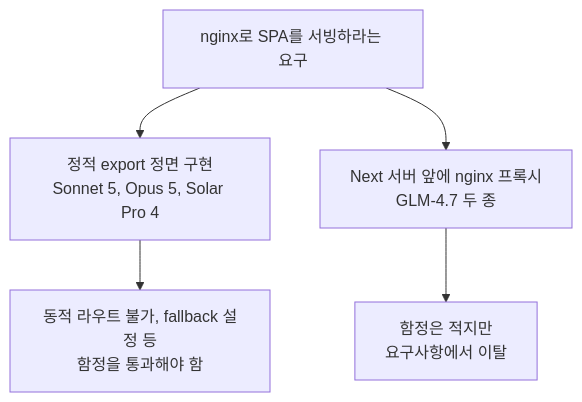
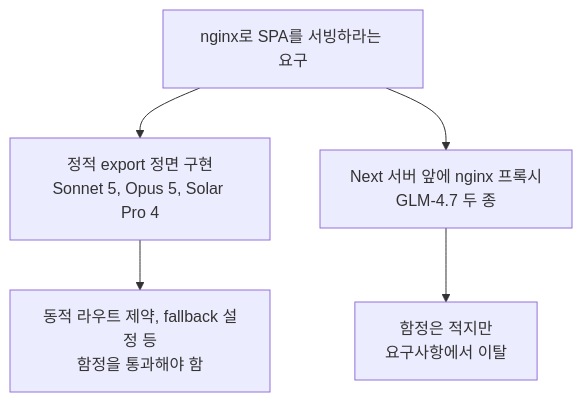
Before and after one commit to dotoryeee/blog: the third of 3 diagrams in docs/blog/posts/AI/solar_pro4_coding_test.md, drawn with Mermaid. The commit also changed other lines of this file and 2 other files, not shown here.

````diff
--- a/docs/blog/posts/AI/solar_pro4_coding_test.md
+++ b/docs/blog/posts/AI/solar_pro4_coding_test.md
@@ -145,7 +145,7 @@
 ```mermaid
 flowchart TD
     Q["nginx로 SPA를 서빙하라는 요구"] --> S1["정적 export 정면 구현<br/>Sonnet 5, Opus 5, Solar Pro 4"]
     Q --> S2["Next 서버 앞에 nginx 프록시<br/>GLM-4.7 두 종"]
-    S1 --> T1["동적 라우트 불가, fallback 설정 등<br/>함정을 통과해야 함"]
+    S1 --> T1["동적 라우트 제약, fallback 설정 등<br/>함정을 통과해야 함"]
     S2 --> T2["함정은 적지만<br/>요구사항에서 이탈"]
 ```
````
